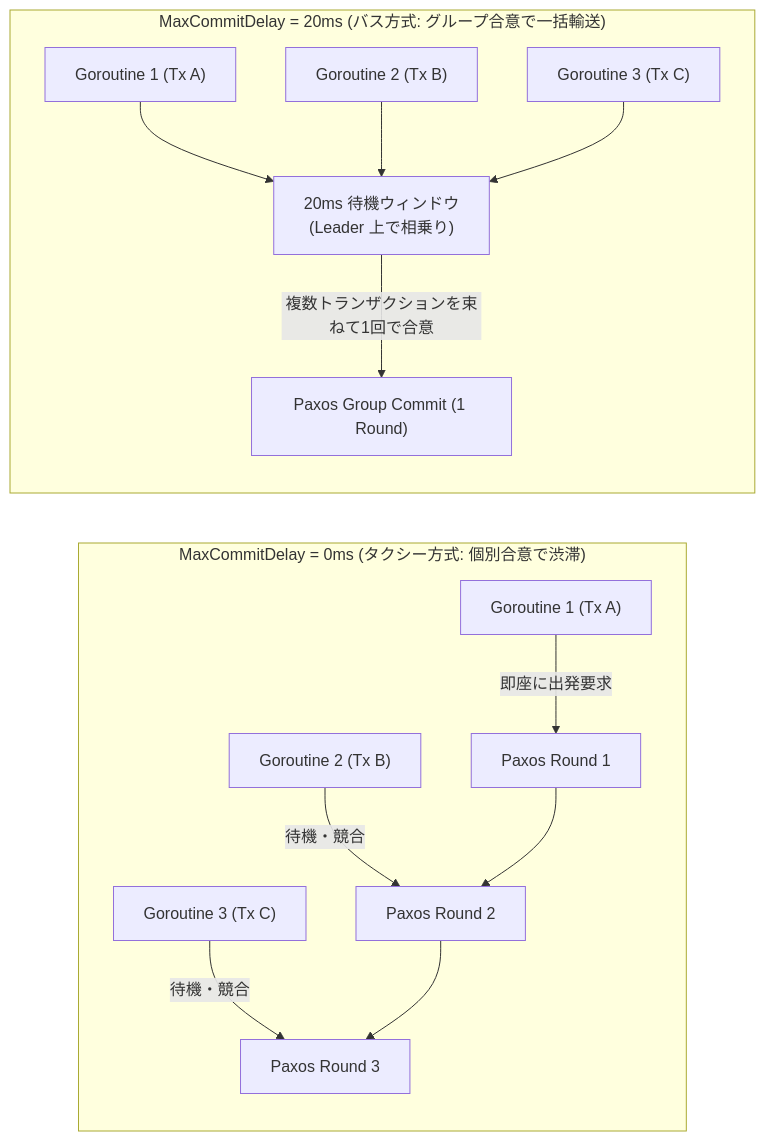
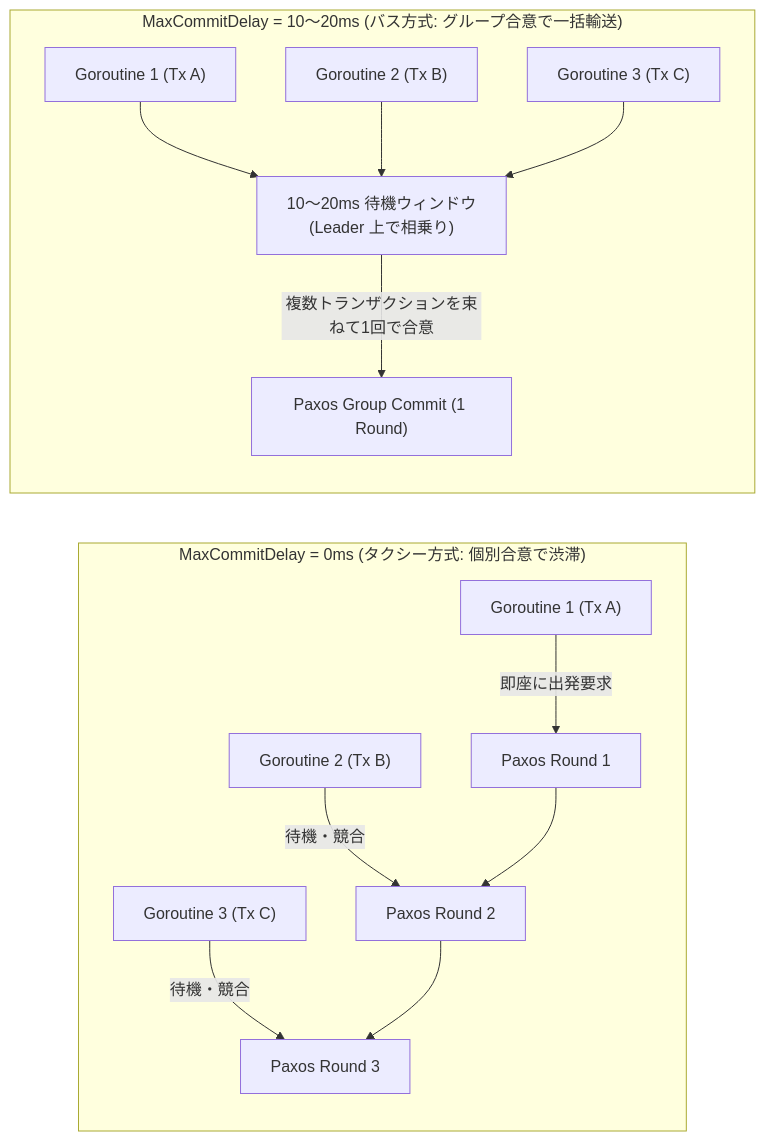
The fifth of 6 diagrams in articles/7aad16e9b5760d.md (michity15169/zenn-content), drawn with Mermaid before and after one commit. The commit also changed other lines of this file, not shown here.

````diff
--- a/articles/7aad16e9b5760d.md
+++ b/articles/7aad16e9b5760d.md
@@ -476,18 +532,18 @@
 ```mermaid
 flowchart LR
     subgraph Default ["MaxCommitDelay = 0ms (タクシー方式: 個別合意で渋滞)"]
         direction TB
         T1["Goroutine 1 (Tx A)"] -->|"即座に出発要求"| P1["Paxos Round 1"]
         T2["Goroutine 2 (Tx B)"] -->|"待機・競合"| P2["Paxos Round 2"]
         T3["Goroutine 3 (Tx C)"] -->|"待機・競合"| P3["Paxos Round 3"]
         P1 --> P2 --> P3
     end
 
-    subgraph Optimized ["MaxCommitDelay = 20ms (バス方式: グループ合意で一括輸送)"]
+    subgraph Optimized ["MaxCommitDelay = 10〜20ms (バス方式: グループ合意で一括輸送)"]
         direction TB
-        O1["Goroutine 1 (Tx A)"] --> W["20ms 待機ウィンドウ\n(Leader 上で相乗り)"]
+        O1["Goroutine 1 (Tx A)"] --> W["10〜20ms 待機ウィンドウ\n(Leader 上で相乗り)"]
         O2["Goroutine 2 (Tx B)"] --> W
         O3["Goroutine 3 (Tx C)"] --> W
         W -->|"複数トランザクションを束ねて1回で合意"| PG["Paxos Group Commit (1 Round)"]
     end
 ```
````
